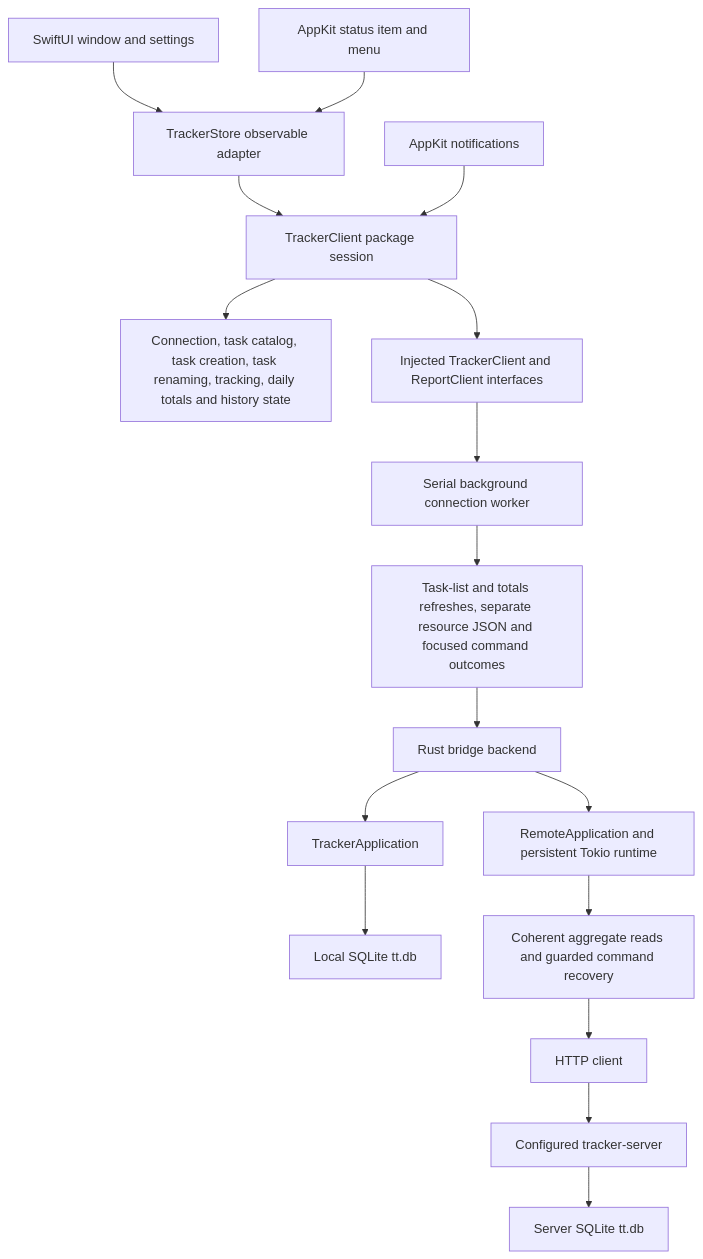
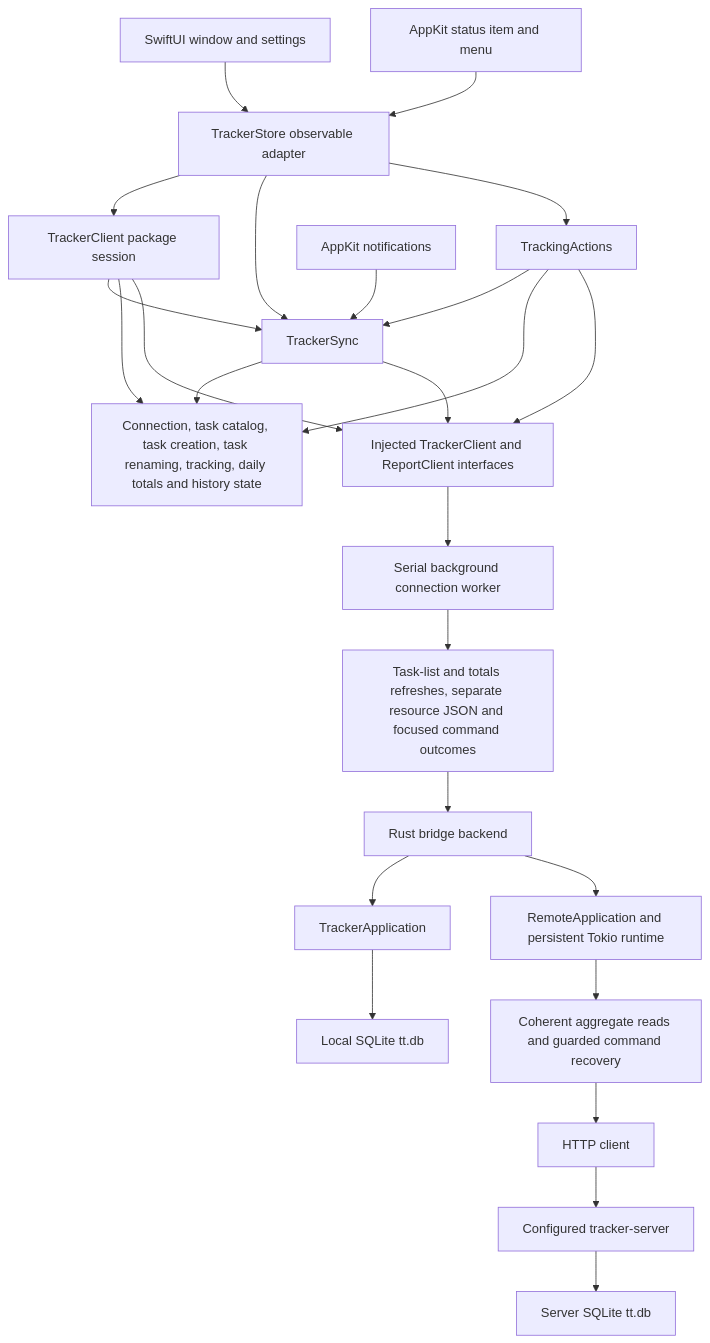
Before and after one commit to remshams/time-tracker: the diagram in apps/swiftui/README.md, drawn with Mermaid. The commit also changed other lines of this file, not shown here.

Commit message:
docs(TimeTrackerSwiftUI): name TrackerSync and TrackingActions in the README
The architecture section still gave lifecycle handling, the start guard and
the reload after a command to the session or to an unnamed controller. The
flowchart now has TrackerSync and TrackingActions nodes, with the AppKit
notifications pointing at TrackerSync.

Closes #315

````diff
--- a/apps/swiftui/README.md
+++ b/apps/swiftui/README.md
@@ -291,19 +291,23 @@
 ```mermaid
 flowchart TD
     UI[SwiftUI window and settings] --> Store[TrackerStore observable adapter]
     Menu[AppKit status item and menu] --> Store
     Store --> Session[TrackerClient package session]
-    Session --> Features[Connection, task catalog, task creation, task renaming, tracking, daily totals and history state]
-    Lifecycle[AppKit notifications] --> Session
-    Session --> Port[Injected TrackerClient and ReportClient interfaces]
+    Store --> Sync[TrackerSync]
+    Store --> Actions[TrackingActions]
+    Session --> Sync
+    Actions --> Sync
+    Session & Sync & Actions --> Features[Connection, task catalog, task creation, task renaming, tracking, daily totals and history state]
+    Lifecycle[AppKit notifications] --> Sync
+    Session & Sync & Actions --> Port[Injected TrackerClient and ReportClient interfaces]
     Port --> Worker[Serial background connection worker]
     Worker --> ABI[Task-list and totals refreshes, separate resource JSON and focused command outcomes]
     ABI --> Backend[Rust bridge backend]
     Backend --> Local[TrackerApplication]
     Local --> DB[Local SQLite tt.db]
     Backend --> Remote[RemoteApplication and persistent Tokio runtime]
     Remote --> Coordinator[Coherent aggregate reads and guarded command recovery]
     Coordinator --> HTTP[HTTP client]
     HTTP --> Server[Configured tracker-server]
     Server --> ServerDB[Server SQLite tt.db]
 ```
````
